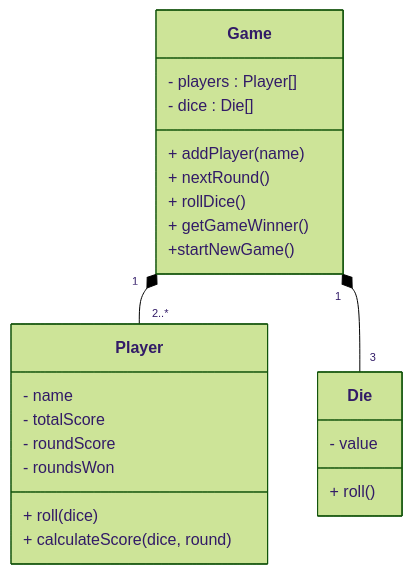
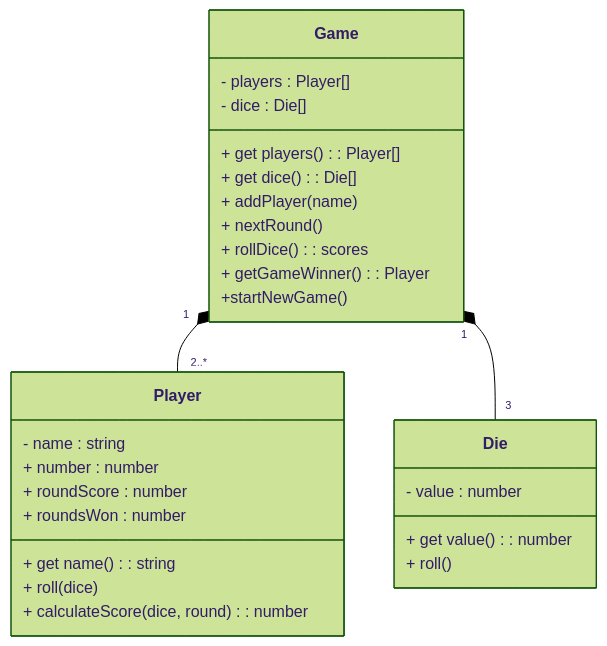
The diagram in LectureNotes/CS233JS-LN-W03-D1B-UMLClassDiagram.md (LCC-CIT/CS233JS-CourseMaterials), drawn with Mermaid (forest theme) before and after one commit. The commit also changed other lines of this file and 1 other file, not shown here.

Commit message:
Modified the UML diagram

````diff
--- a/LectureNotes/CS233JS-LN-W03-D1B-UMLClassDiagram.md
+++ b/LectureNotes/CS233JS-LN-W03-D1B-UMLClassDiagram.md
@@ -62,26 +62,30 @@
 ```mermaid
 classDiagram
     class Player {
-        - name
-        - totalScore
-        - roundScore
-        - roundsWon
+        - name : string
+        + number : number
+        + roundScore : number
+        + roundsWon : number
+        + get name() : string
         + roll(dice)
-        + calculateScore(dice, round)
+        + calculateScore(dice, round) : number
     }
     class Die {
-        - value
+        - value : number
+        + get value() : number
         + roll()
     }
     class Game {
         - players : Player[]
         - dice : Die[]
+        + get players() : Player[]
+        + get dice() : Die[]
         + addPlayer(name)
         + nextRound()
-        + rollDice()
-        + getGameWinner()
+        + rollDice() : scores
+        + getGameWinner() : Player
         +startNewGame()
     }
     Game "1" *-- "2..*" Player
     Game "1" *-- "3" Die
 ```
````
